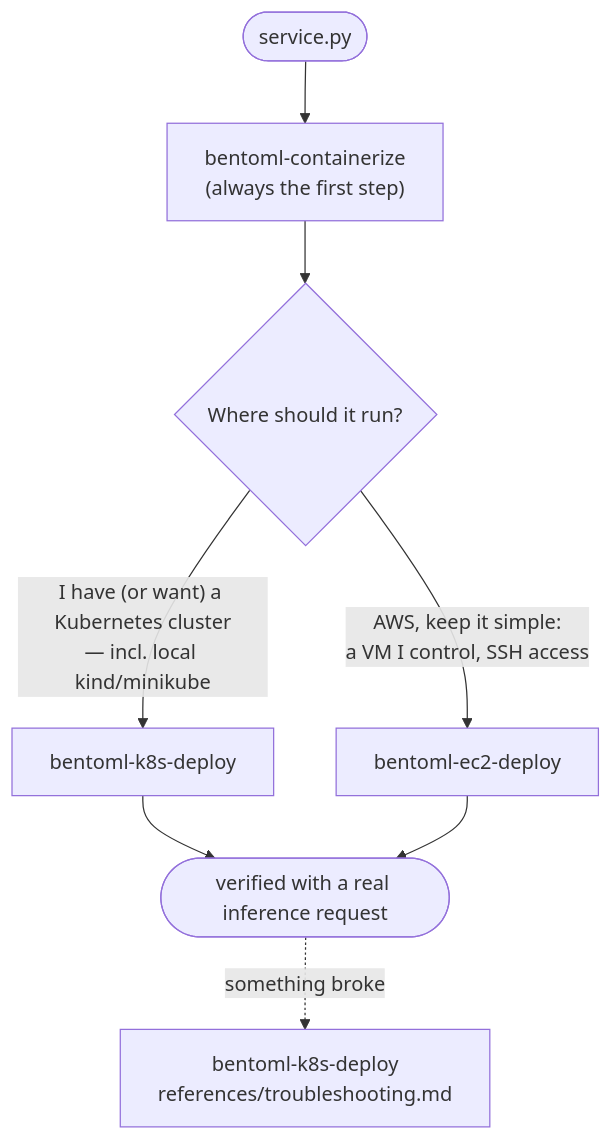
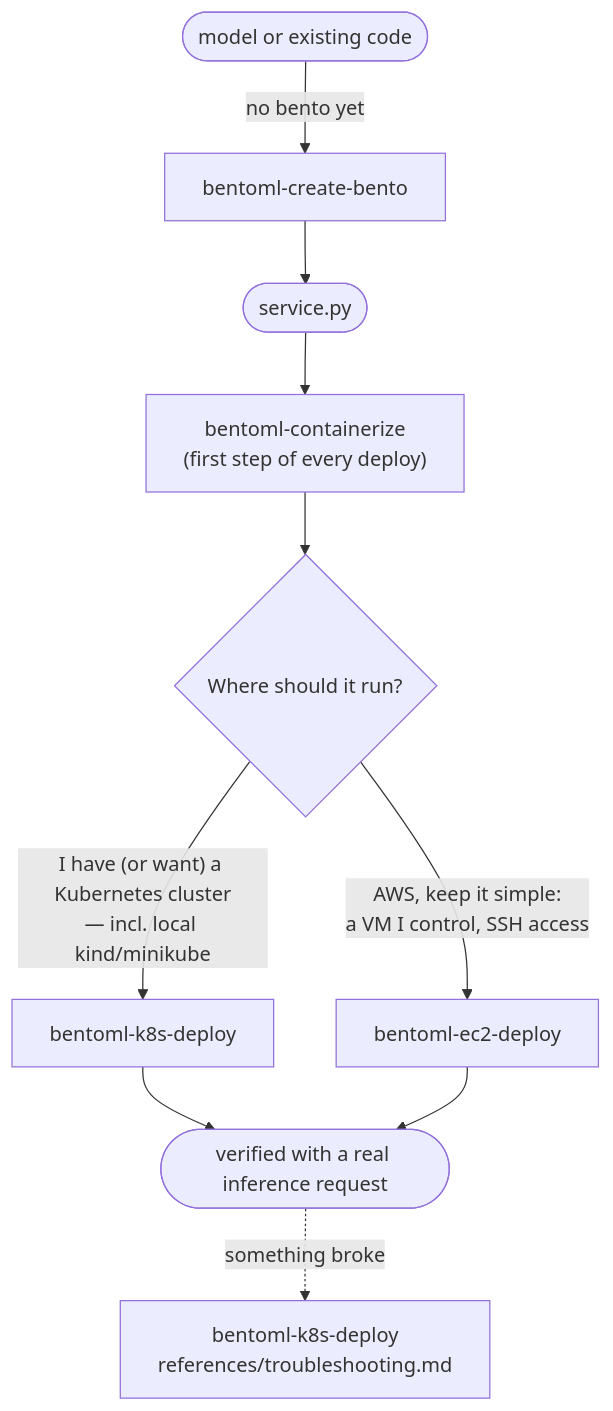
Before and after one commit to bentoml/BentoML: the diagram in skills/README.md, drawn with Mermaid. The commit also changed other lines of this file and 6 other files, not shown here.

````diff
--- a/skills/README.md
+++ b/skills/README.md
@@ -28,10 +29,12 @@
 ```mermaid
 flowchart TD
-    S([service.py]) --> C["bentoml-containerize<br/>(always the first step)"]
+    M([model or existing code]) -->|no bento yet| W["bentoml-create-bento"]
+    W --> S
+    S([service.py]) --> C["bentoml-containerize<br/>(first step of every deploy)"]
     C --> Q{Where should it run?}
     Q -->|"I have (or want) a Kubernetes cluster<br/>— incl. local kind/minikube"| K8S["bentoml-k8s-deploy"]
     Q -->|"AWS, keep it simple:<br/>a VM I control, SSH access"| EC2["bentoml-ec2-deploy"]
     K8S --> V([verified with a real inference request])
     EC2 --> V
     V -.->|something broke| TS["bentoml-k8s-deploy<br/>references/troubleshooting.md"]
 ```
````
